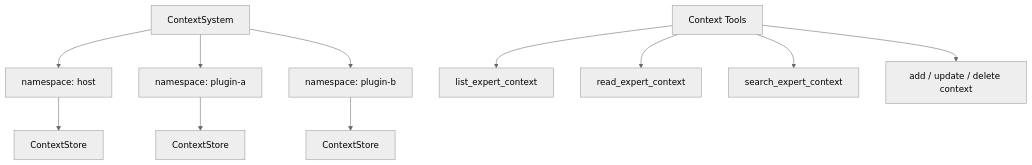
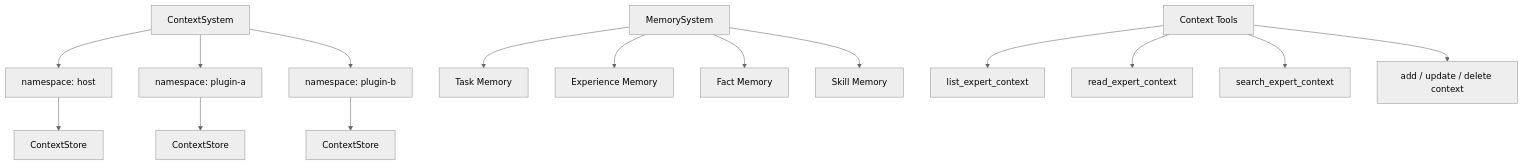
One commit to pqpo/pragma changed the third of 18 diagrams in docs/architecture/agent-core-architecture.md. Above: the diagram before and after it, drawn with Mermaid (neutral theme). The commit also changed other lines of this file and 32 other files, not shown here.

Commit message:
move memory system into core

````diff
--- a/docs/architecture/agent-core-architecture.md
+++ b/docs/architecture/agent-core-architecture.md
@@ -73,20 +73,26 @@
 ```mermaid
 flowchart TB
   contextSystem["ContextSystem"]
   host["namespace: host"]
   pluginA["namespace: plugin-a"]
   pluginB["namespace: plugin-b"]
   hostStore["ContextStore"]
   pluginAStore["ContextStore"]
   pluginBStore["ContextStore"]
 
   contextSystem --> host --> hostStore
   contextSystem --> pluginA --> pluginAStore
   contextSystem --> pluginB --> pluginBStore
 
+  memorySystem["MemorySystem"]
+  memorySystem --> taskMemory["Task Memory"]
+  memorySystem --> experienceMemory["Experience Memory"]
+  memorySystem --> factMemory["Fact Memory"]
+  memorySystem --> skillMemory["Skill Memory"]
+
   contextTools["Context Tools"]
   contextTools --> list["list_expert_context"]
   contextTools --> read["read_expert_context"]
   contextTools --> search["search_expert_context"]
   contextTools --> write["add / update / delete context"]
 ```
````
